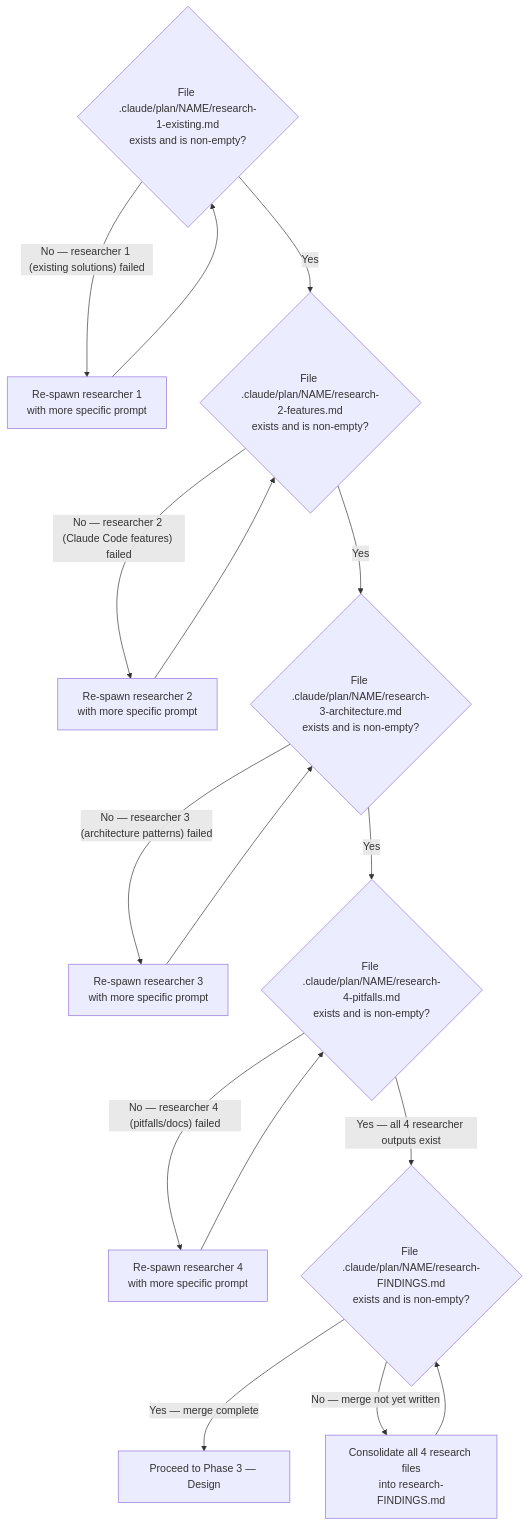
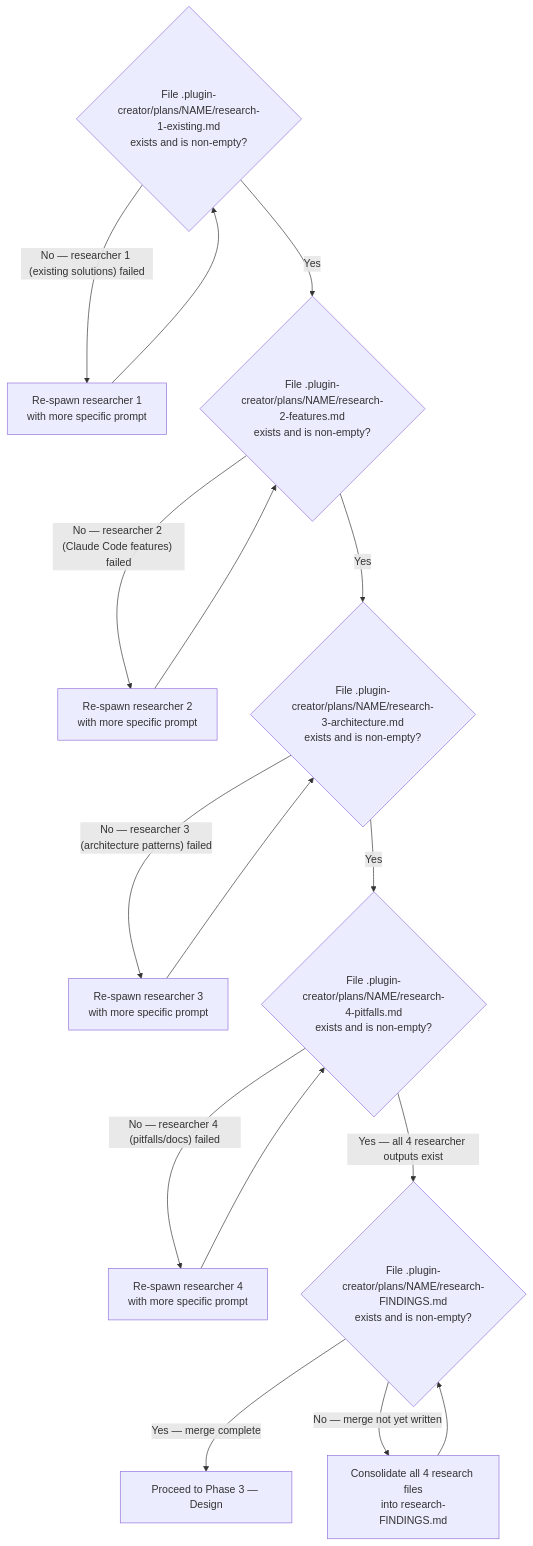
Before and after one commit to chgreer1070/claude_skills: the fifth of 9 diagrams in plugins/plugin-creator/skills/plugin-lifecycle/SKILL.md, drawn with Mermaid. The commit also changed other lines of this file and 35 other files, not shown here.

First line of the commit message:
refactor(plugins): migrate data output paths from .claude/ to .plugin-creator/ and .tmp/

````diff
--- a/plugins/plugin-creator/skills/plugin-lifecycle/SKILL.md
+++ b/plugins/plugin-creator/skills/plugin-lifecycle/SKILL.md
@@ -367,20 +172,20 @@
 ```mermaid
 flowchart TD
     %% All 4 individual research files must exist before merge is valid
-    R1{"File .claude/plan/NAME/research-1-existing.md<br>exists and is non-empty?"}
+    R1{"File .plugin-creator/plans/NAME/research-1-existing.md<br>exists and is non-empty?"}
     R1 -->|"No — researcher 1 (existing solutions) failed"| Retry1["Re-spawn researcher 1<br>with more specific prompt"]
     Retry1 --> R1
-    R1 -->|"Yes"| R2{"File .claude/plan/NAME/research-2-features.md<br>exists and is non-empty?"}
+    R1 -->|"Yes"| R2{"File .plugin-creator/plans/NAME/research-2-features.md<br>exists and is non-empty?"}
     R2 -->|"No — researcher 2 (Claude Code features) failed"| Retry2["Re-spawn researcher 2<br>with more specific prompt"]
     Retry2 --> R2
-    R2 -->|"Yes"| R3{"File .claude/plan/NAME/research-3-architecture.md<br>exists and is non-empty?"}
+    R2 -->|"Yes"| R3{"File .plugin-creator/plans/NAME/research-3-architecture.md<br>exists and is non-empty?"}
     R3 -->|"No — researcher 3 (architecture patterns) failed"| Retry3["Re-spawn researcher 3<br>with more specific prompt"]
     Retry3 --> R3
-    R3 -->|"Yes"| R4{"File .claude/plan/NAME/research-4-pitfalls.md<br>exists and is non-empty?"}
+    R3 -->|"Yes"| R4{"File .plugin-creator/plans/NAME/research-4-pitfalls.md<br>exists and is non-empty?"}
     R4 -->|"No — researcher 4 (pitfalls/docs) failed"| Retry4["Re-spawn researcher 4<br>with more specific prompt"]
     Retry4 --> R4
-    R4 -->|"Yes — all 4 researcher outputs exist"| Merge{"File .claude/plan/NAME/research-FINDINGS.md<br>exists and is non-empty?"}
+    R4 -->|"Yes — all 4 researcher outputs exist"| Merge{"File .plugin-creator/plans/NAME/research-FINDINGS.md<br>exists and is non-empty?"}
     Merge -->|"Yes — merge complete"| Next["Proceed to Phase 3 — Design"]
     Merge -->|"No — merge not yet written"| DoMerge["Consolidate all 4 research files<br>into research-FINDINGS.md"]
     DoMerge --> Merge
 ```
````
